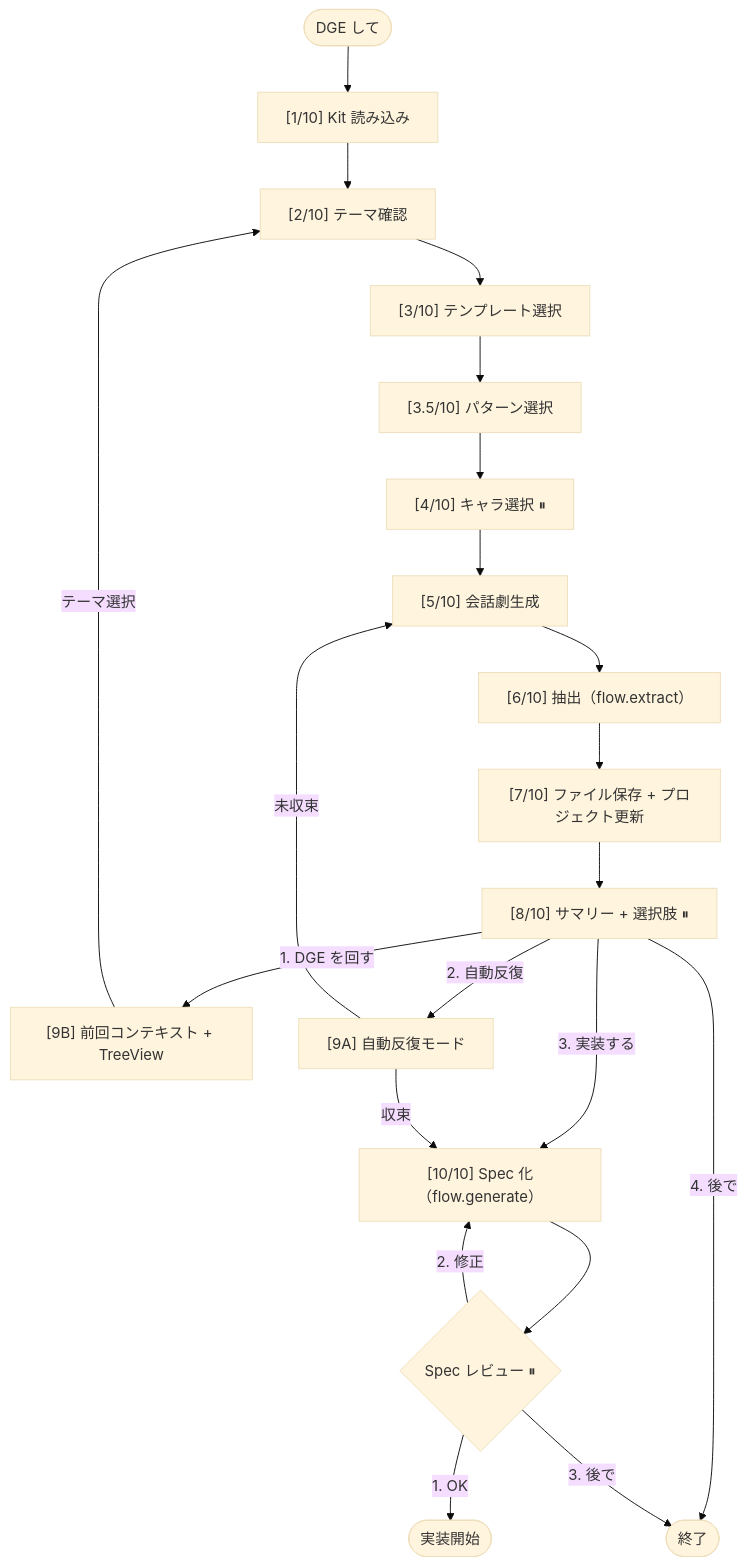
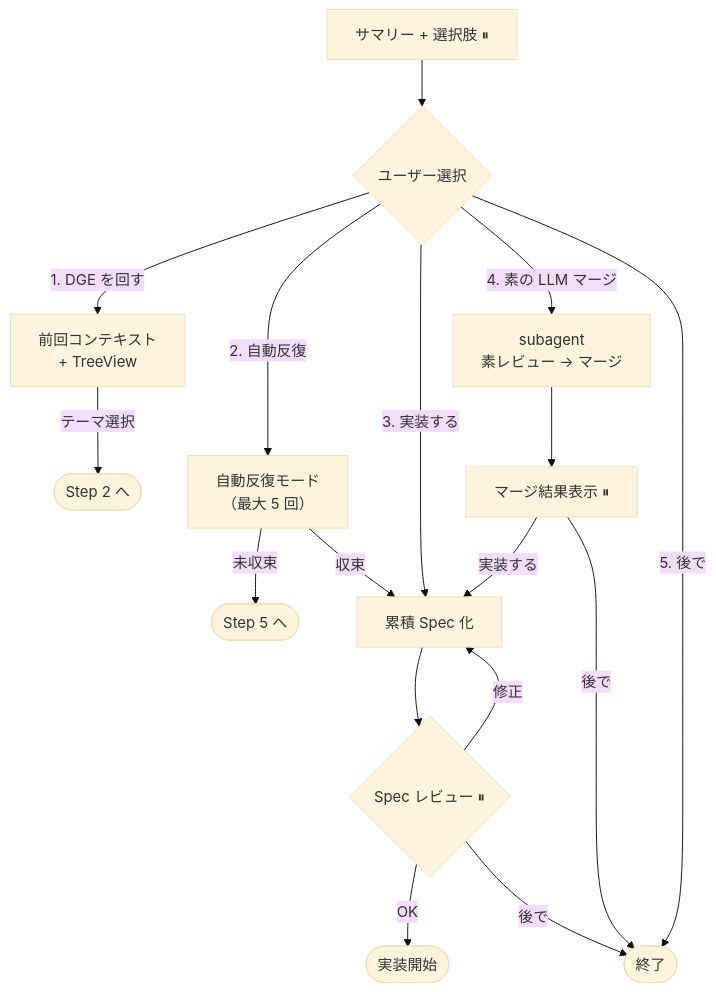
Before and after one commit to opaopa6969/DxE-suite: the second of 5 diagrams in kit/INTERNALS.md, drawn with Mermaid (base theme). The commit also changed other lines of this file and 2 other files, not shown here.

First line of the commit message:
docs: rewrite INTERNALS.md — v2 flow architecture + dge-tool mode (v2.1.1)

````diff
--- a/kit/INTERNALS.md
+++ b/kit/INTERNALS.md
@@ -7,26 +51,22 @@
 ```mermaid
 flowchart TD
-    Start([DGE して]) --> S1["[1/10] Kit 読み込み"]
-    S1 --> S2["[2/10] テーマ確認"]
-    S2 --> S3["[3/10] テンプレート選択"]
-    S3 --> S35["[3.5/10] パターン選択"]
-    S35 --> S4["[4/10] キャラ選択 ⏸"]
-    S4 --> S5["[5/10] 会話劇生成"]
-    S5 --> S6["[6/10] 抽出（flow.extract）"]
-    S6 --> S7["[7/10] ファイル保存 + プロジェクト更新"]
-    S7 --> S8["[8/10] サマリー + 選択肢 ⏸"]
+    S8["サマリー + 選択肢 ⏸"] --> C1{"ユーザー選択"}
 
-    S8 -->|"1. DGE を回す"| S9B["[9B] 前回コンテキスト + TreeView"]
-    S8 -->|"2. 自動反復"| S9A["[9A] 自動反復モード"]
-    S8 -->|"3. 実装する"| S10["[10/10] Spec 化（flow.generate）"]
-    S8 -->|"4. 後で"| End([終了])
+    C1 -->|"1. DGE を回す"| S9B["前回コンテキスト\n+ TreeView"]
+    C1 -->|"2. 自動反復"| S9A["自動反復モード\n（最大 5 回）"]
+    C1 -->|"3. 実装する"| S10["累積 Spec 化"]
+    C1 -->|"4. 素の LLM マージ"| S9C["subagent\n素レビュー → マージ"]
+    C1 -->|"5. 後で"| End([終了])
 
-    S9B -->|テーマ選択| S2
-    S9A -->|未収束| S5
+    S9B -->|テーマ選択| S2([Step 2 へ])
+    S9A -->|未収束| S5([Step 5 へ])
     S9A -->|収束| S10
+    S9C --> Merge["マージ結果表示 ⏸"]
+    Merge -->|実装する| S10
+    Merge -->|後で| End
 
     S10 --> Review{"Spec レビュー ⏸"}
-    Review -->|"1. OK"| Impl([実装開始])
-    Review -->|"2. 修正"| S10
-    Review -->|"3. 後で"| End
+    Review -->|OK| Impl([実装開始])
+    Review -->|修正| S10
+    Review -->|後で| End
 ```
````
